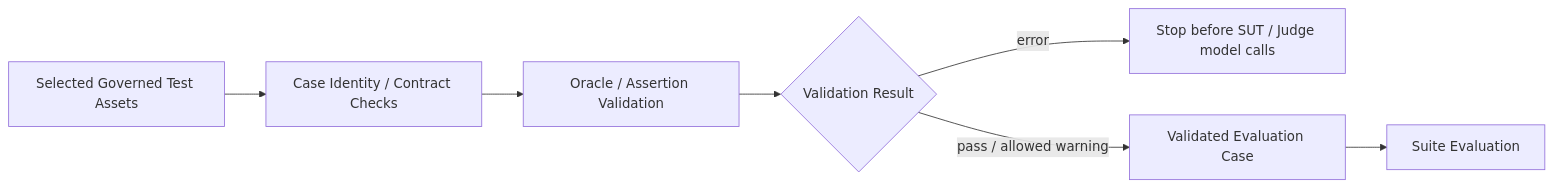
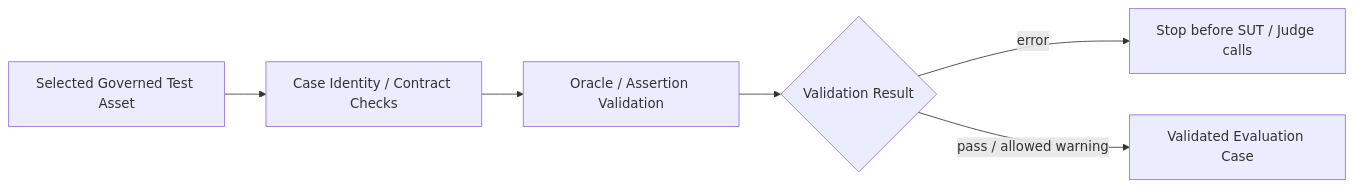
One commit to oleksandrserhieiev-beep/ai-qe-lab changed the third of 7 diagrams in docs/master_architecture.md. Above: the diagram before and after it, drawn with Mermaid. The commit also changed other lines of this file, not shown here.

Commit message:
Align master architecture with current specialized workflows

````diff
--- a/docs/master_architecture.md
+++ b/docs/master_architecture.md
@@ -109,9 +99,8 @@
 ```mermaid
 flowchart LR
-    DS["Selected Governed Test Assets"] --> ID["Case Identity / Contract Checks"]
+    DS["Selected Governed Test Asset"] --> ID["Case Identity / Contract Checks"]
     ID --> OR["Oracle / Assertion Validation"]
     OR --> RES{"Validation Result"}
-    RES -->|error| STOP["Stop before SUT / Judge model calls"]
+    RES -->|error| STOP["Stop before SUT / Judge calls"]
     RES -->|pass / allowed warning| VALID["Validated Evaluation Case"]
-    VALID --> SE["Suite Evaluation"]
 ```
````
